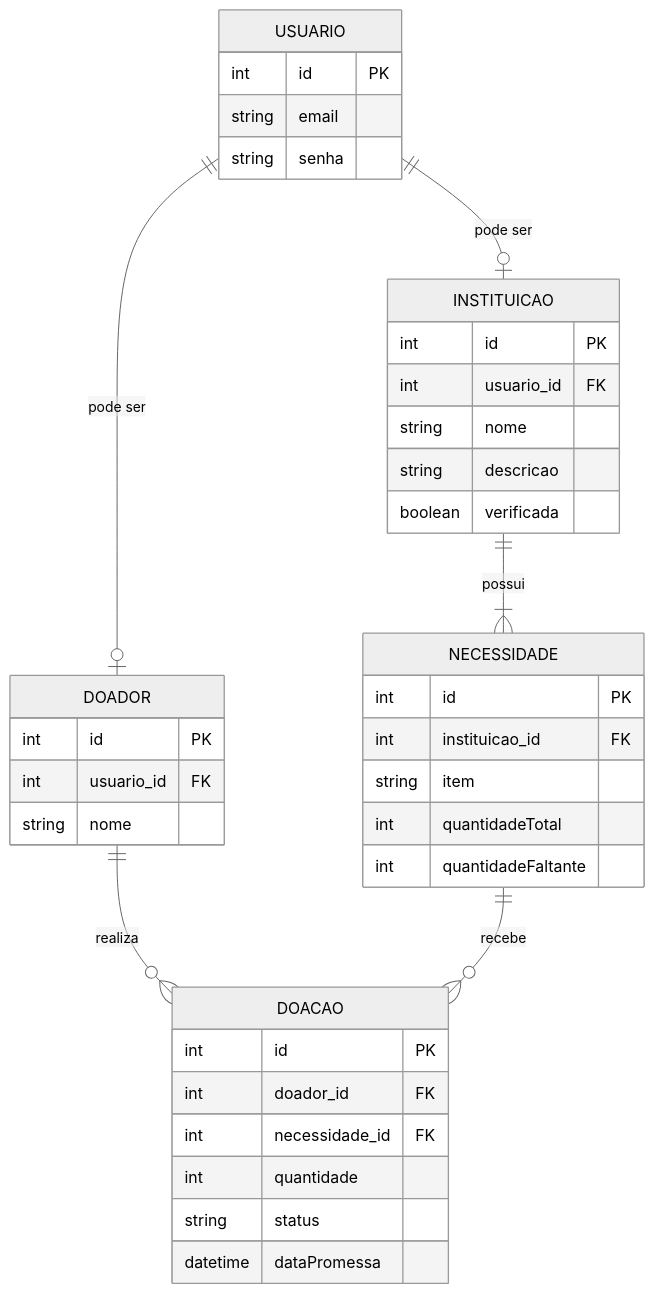
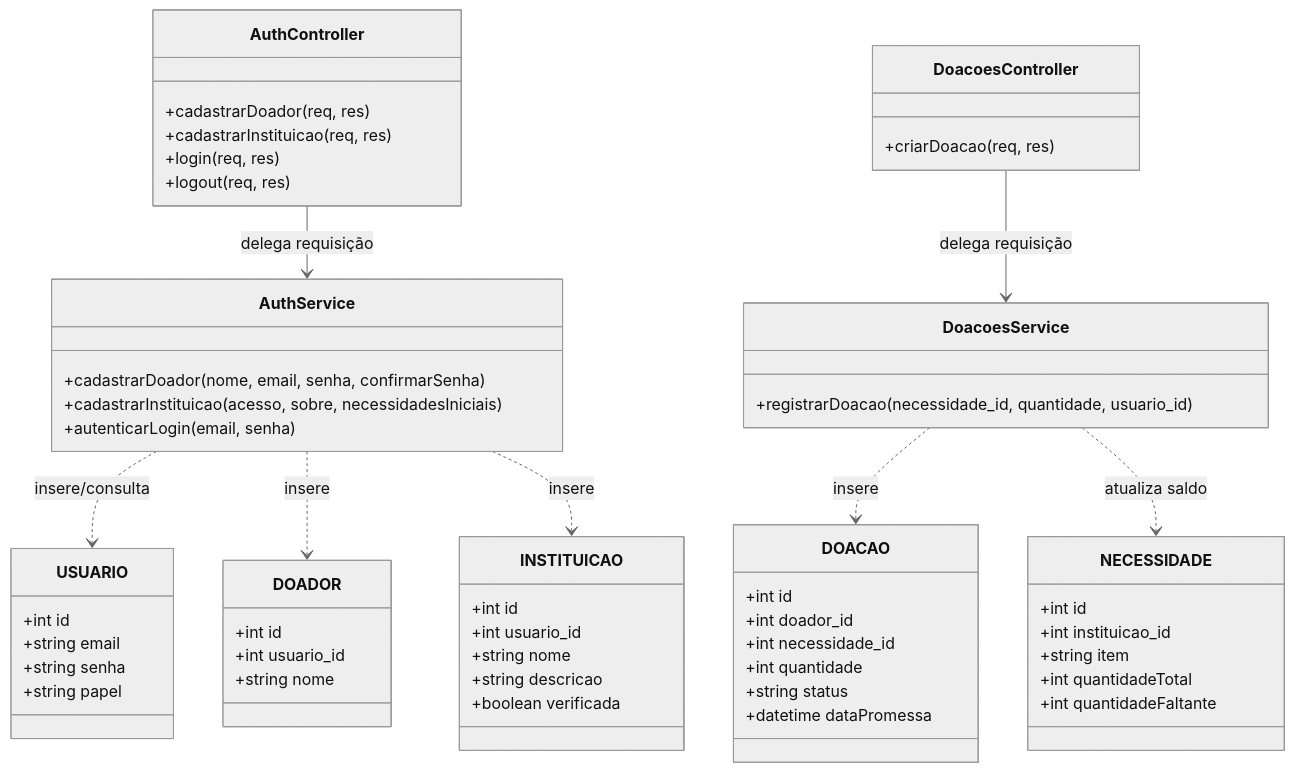
One commit to gigi-zacaroni/tp-eng-software changed the second of 2 diagrams in docs/modelagem/modelagem.md. Above: the diagram before and after it, drawn with Mermaid (neutral theme). The commit also changed other lines of this file, not shown here.

Commit message:
docs: atualização da modelagem de acordo com as alterações da Sprint 4

````diff
--- a/docs/modelagem/modelagem.md
+++ b/docs/modelagem/modelagem.md
@@ -89,45 +87,75 @@
 ```mermaid
-erDiagram
-    USUARIO ||--o| DOADOR : "pode ser"
-    USUARIO ||--o| INSTITUICAO : "pode ser"
-    INSTITUICAO ||--|{ NECESSIDADE : possui
-    DOADOR ||--o{ DOACAO : realiza
-    NECESSIDADE ||--o{ DOACAO : recebe
-
-    USUARIO {
-        int id PK
-        string email
-        string senha
+classDiagram
+    %% 1. Camada de Controladores (Recebem a requisição)
+    class AuthController {
+        +cadastrarDoador(req, res)
+        +cadastrarInstituicao(req, res)
+        +login(req, res)
+        +logout(req, res)
     }
 
-    DOADOR {
-        int id PK
-        int usuario_id FK
-        string nome
+    class DoacoesController {
+        +criarDoacao(req, res)
     }
 
-    INSTITUICAO {
-        int id PK
-        int usuario_id FK
-        string nome
-        string descricao
-        boolean verificada
+    %% 2. Camada de Serviços (Executam a regra de negócio)
+    class AuthService {
+        +cadastrarDoador(nome, email, senha, confirmarSenha)
+        +cadastrarInstituicao(acesso, sobre, necessidadesIniciais)
+        +autenticarLogin(email, senha)
     }
 
-    NECESSIDADE {
-        int id PK
-        int instituicao_id FK
-        string item
-        int quantidadeTotal
-        int quantidadeFaltante
+    class DoacoesService {
+        +registrarDoacao(necessidade_id, quantidade, usuario_id)
     }
 
-    DOACAO {
-        int id PK
-        int doador_id FK
-        int necessidade_id FK
-        int quantidade
-        string status
-        datetime dataPromessa
+    %% 3. Entidades do Banco de Dados 
+    class USUARIO {
+        +int id
+        +string email
+        +string senha
+        +string papel
     }
+
+    class DOADOR {
+        +int id
+        +int usuario_id
+        +string nome
+    }
+
+    class INSTITUICAO {
+        +int id
+        +int usuario_id
+        +string nome
+        +string descricao
+        +boolean verificada
+    }
+
+    class NECESSIDADE {
+        +int id
+        +int instituicao_id
+        +string item
+        +int quantidadeTotal
+        +int quantidadeFaltante
+    }
+
+    class DOACAO {
+        +int id
+        +int doador_id
+        +int necessidade_id
+        +int quantidade
+        +string status
+        +datetime dataPromessa
+    }
+
+    %% 4. Relacionamentos Arquiteturais (Baixo Acoplamento)
+    AuthController --> AuthService : delega requisição
+    DoacoesController --> DoacoesService : delega requisição
+
+    AuthService ..> USUARIO : insere/consulta
+    AuthService ..> DOADOR : insere
+    AuthService ..> INSTITUICAO : insere
+    
+    DoacoesService ..> DOACAO : insere
+    DoacoesService ..> NECESSIDADE : atualiza saldo
 ```
````
